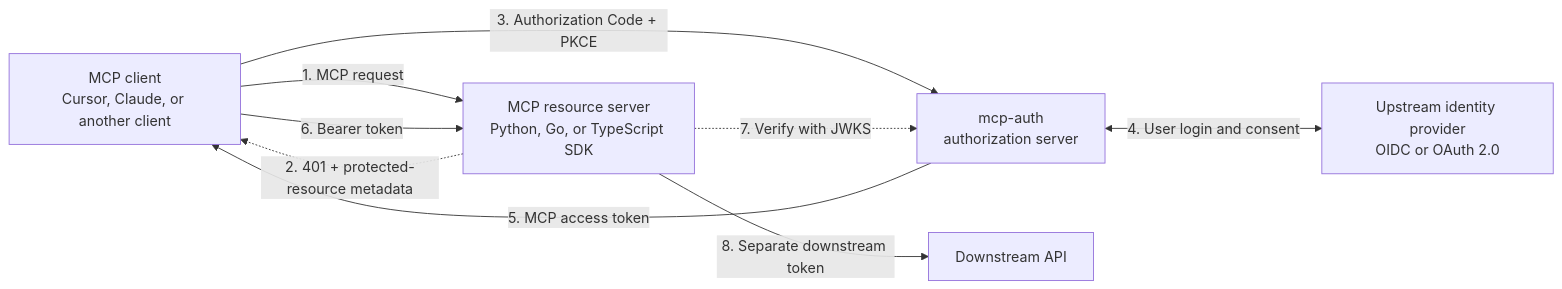
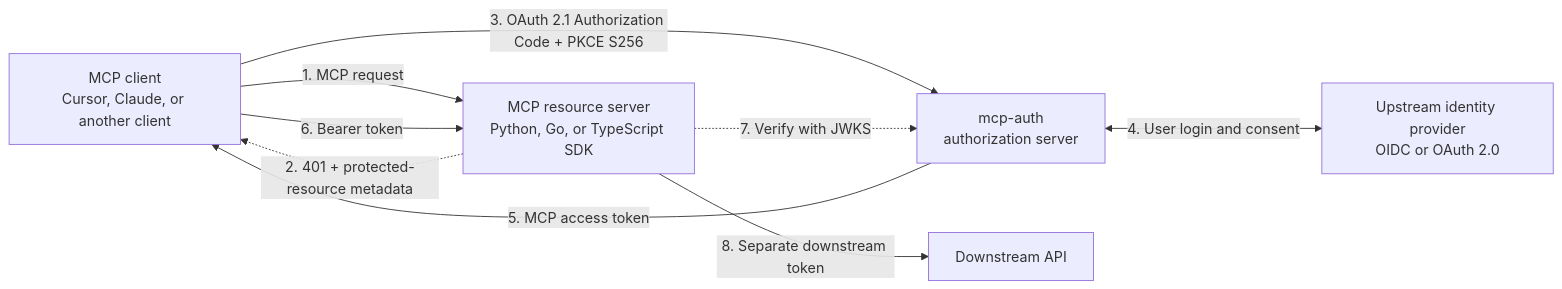
The diagram in README.md (Agent-Hellboy/mcp-auth), drawn with Mermaid before and after one commit. The commit also changed other lines of this file and 8 other files, not shown here.

First line of the commit message:
Support OAuth Client ID Metadata Documents (#14)

````diff
--- a/README.md
+++ b/README.md
@@ -42,17 +64,17 @@
 ```mermaid
 flowchart LR
     client["MCP client<br/>Cursor, Claude, or another client"]
     resource["MCP resource server<br/>Python, Go, or TypeScript SDK"]
     auth["mcp-auth<br/>authorization server"]
     idp["Upstream identity provider<br/>OIDC or OAuth 2.0"]
     api["Downstream API"]
 
     client -->|"1. MCP request"| resource
     resource -.->|"2. 401 + protected-resource metadata"| client
-    client -->|"3. Authorization Code + PKCE"| auth
+    client -->|"3. OAuth 2.1 Authorization Code + PKCE S256"| auth
     auth <-->|"4. User login and consent"| idp
     auth -->|"5. MCP access token"| client
     client -->|"6. Bearer token"| resource
     resource -.->|"7. Verify with JWKS"| auth
     resource -->|"8. Separate downstream token"| api
 ```
````
